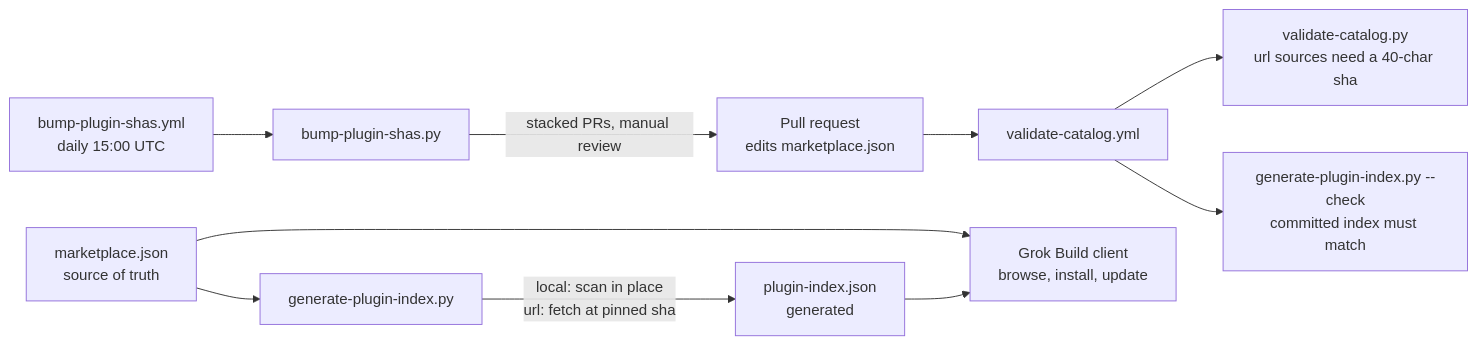
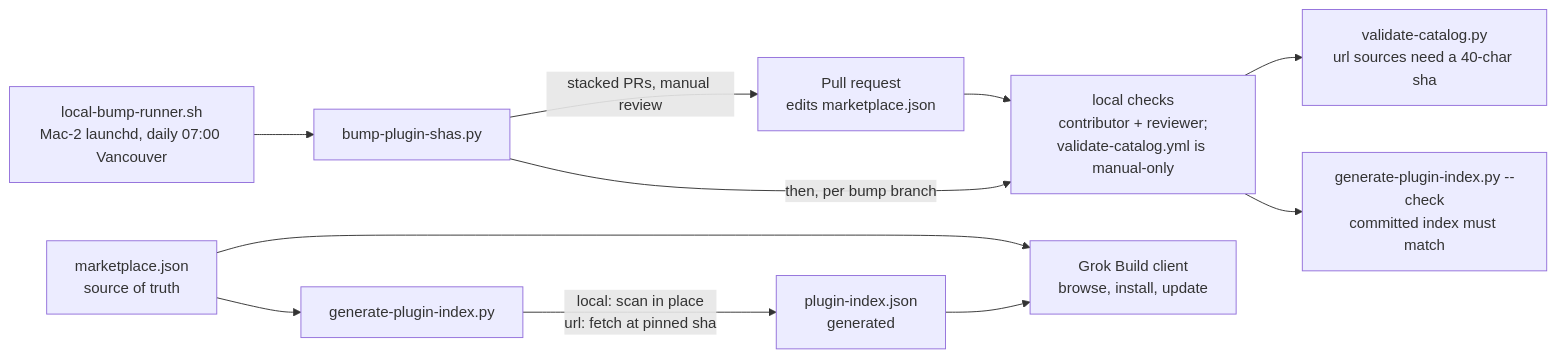
Before and after one commit to ericmacdougall/plugin-marketplace: the diagram in docs/architecture.md, drawn with Mermaid. The commit also changed other lines of this file and 4 other files, not shown here.

Commit message:
local bump: cross-day dedup, runner timeouts, PM_SCRIPT_REF, docs (CONTRIBUTING, architecture, token scope)

````diff
--- a/docs/architecture.md
+++ b/docs/architecture.md
@@ -6,12 +6,13 @@
 ```mermaid
 flowchart LR
-    PR[Pull request<br/>edits marketplace.json] --> V[validate-catalog.yml]
+    PR[Pull request<br/>edits marketplace.json] --> V[local checks<br/>contributor + reviewer;<br/>validate-catalog.yml is manual-only]
     V --> V1[validate-catalog.py<br/>url sources need a 40-char sha]
     V --> V2[generate-plugin-index.py --check<br/>committed index must match]
     M[marketplace.json<br/>source of truth] --> G[generate-plugin-index.py]
     G -->|local: scan in place<br/>url: fetch at pinned sha| X[plugin-index.json<br/>generated]
-    B[bump-plugin-shas.yml<br/>daily 15:00 UTC] --> BS[bump-plugin-shas.py]
+    B[local-bump-runner.sh<br/>Mac-2 launchd, daily 07:00 Vancouver] --> BS[bump-plugin-shas.py]
+    BS -->|then, per bump branch| V
     BS -->|stacked PRs, manual review| PR
     M --> C[Grok Build client<br/>browse, install, update]
     X --> C
 ```
````
